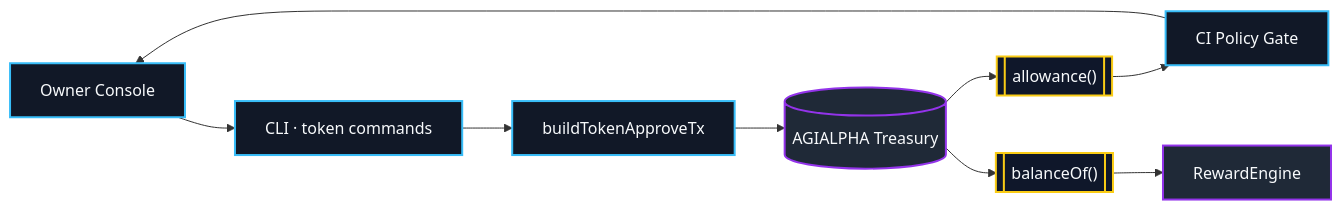
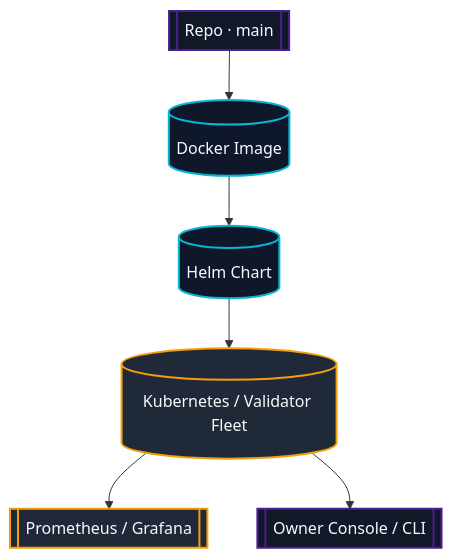
Before and after one commit to MontrealAI/AGI-Alpha-Node-v0: the fifth of 5 diagrams in README.md, drawn with Mermaid. The commit also changed other lines of this file, not shown here.

Commit message:
revamp readme architecture

````diff
--- a/README.md
+++ b/README.md
@@ -247,15 +196,12 @@
 ```mermaid
-flowchart LR
-  classDef contract fill:#0f172a,stroke:#facc15,stroke-width:2px,color:#f8fafc;
-  classDef control fill:#111827,stroke:#38bdf8,stroke-width:2px,color:#f8fafc;
-  classDef ledger fill:#1f2937,stroke:#9333ea,stroke-width:2px,color:#f8fafc;
+flowchart TD
+  classDef ops fill:#0f172a,stroke:#06b6d4,stroke-width:2px,color:#f8fafc;
+  classDef env fill:#1f2937,stroke:#f59e0b,stroke-width:2px,color:#f8fafc;
+  classDef control fill:#111827,stroke:#4c1d95,stroke-width:2px,color:#f8fafc;
 
-  Owner["Owner Console"]:::control --> CLI["CLI · token commands"]:::control
-  CLI --> Builder["buildTokenApproveTx"]:::control
-  Builder --> Ledger[(AGIALPHA Treasury)]:::ledger
-  Ledger --> Allowance[["allowance()"]]:::contract
-  Ledger --> Balance[["balanceOf()"]]:::contract
-  Allowance --> Monitor["CI Policy Gate"]:::control
-  Monitor --> Owner
-  Balance --> Rewards["RewardEngine"]:::ledger
+  Repo[[Repo · main]]:::control --> Docker[(Docker Image)]:::ops
+  Docker --> Helm[(Helm Chart)]:::ops
+  Helm --> Cluster[(Kubernetes / Validator Fleet)]:::env
+  Cluster --> Observability[[Prometheus / Grafana]]:::env
+  Cluster --> OwnerConsole[[Owner Console / CLI]]:::control
 ```
````
